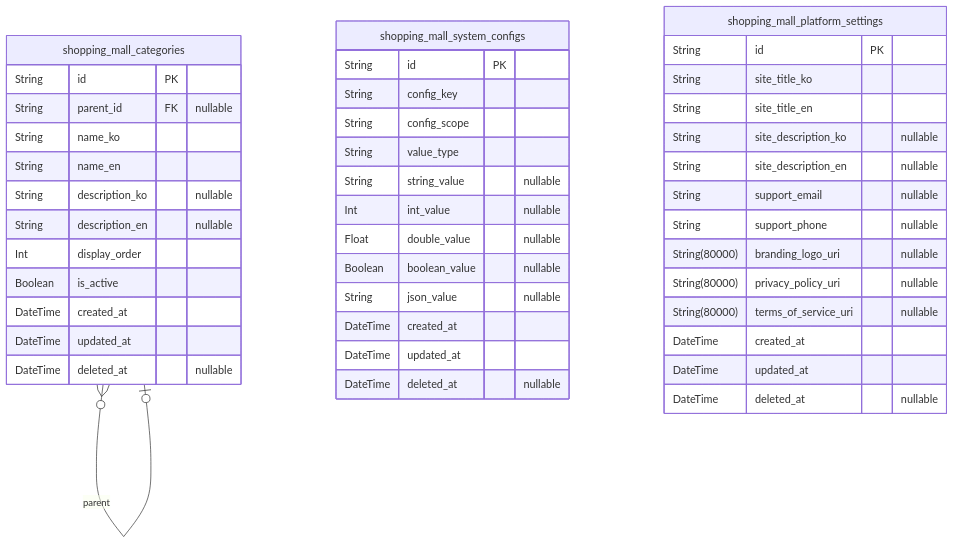
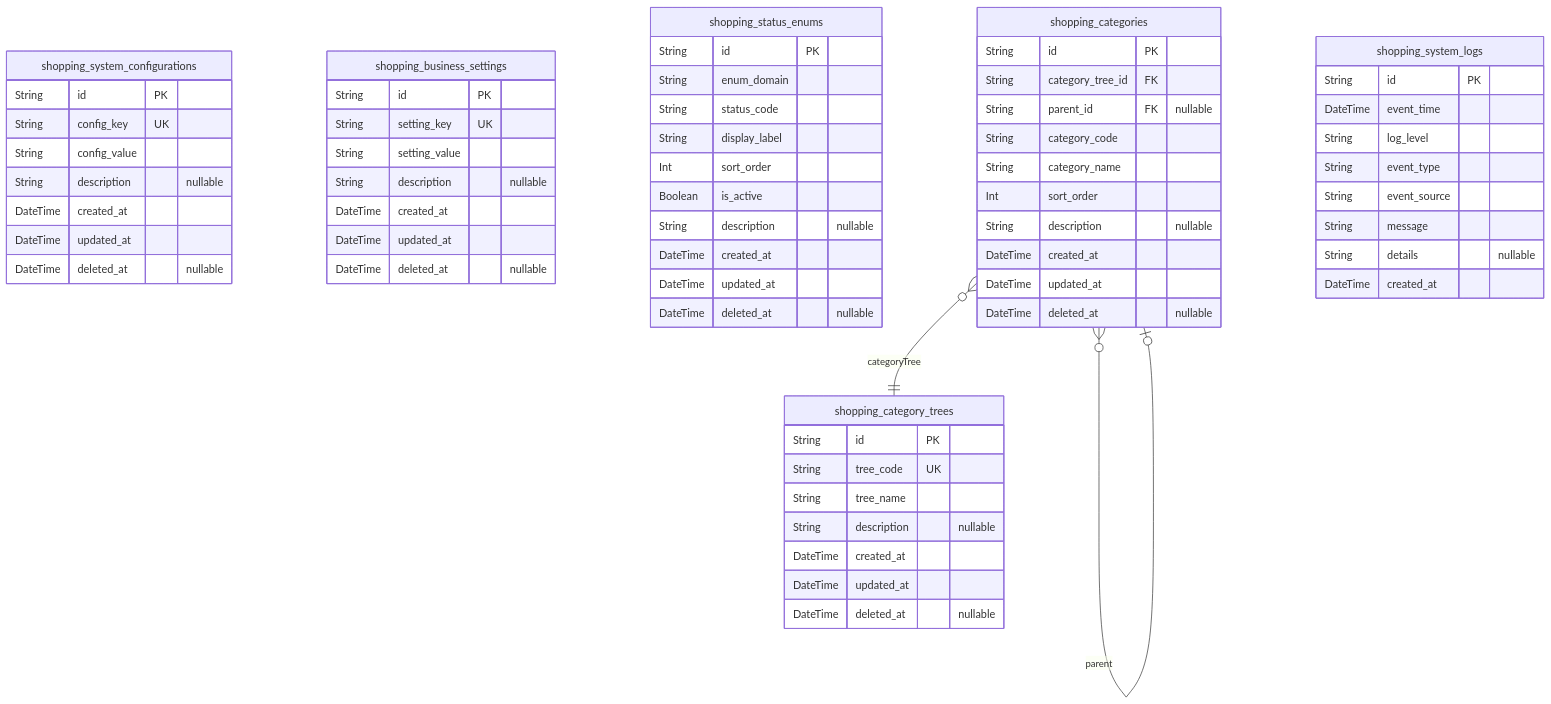
One commit to wrtnlabs/autobe-examples changed the first of 12 diagrams in openai/gpt-4.1/shopping/docs/ERD.md. Above: the diagram before and after it, drawn with Mermaid. The commit also changed other lines of this file and 16146 other files, not shown here.

````diff
--- a/openai/gpt-4.1/shopping/docs/ERD.md
+++ b/openai/gpt-4.1/shopping/docs/ERD.md
@@ -17,46 +20,66 @@
 ```mermaid
 erDiagram
-"shopping_mall_categories" {
+"shopping_system_configurations" {
   String id PK
-  String parent_id FK "nullable"
-  String name_ko
-  String name_en
-  String description_ko "nullable"
-  String description_en "nullable"
-  Int display_order
-  Boolean is_active
+  String config_key UK
+  String config_value
+  String description "nullable"
   DateTime created_at
   DateTime updated_at
   DateTime deleted_at "nullable"
 }
-"shopping_mall_system_configs" {
+"shopping_business_settings" {
   String id PK
-  String config_key
-  String config_scope
-  String value_type
-  String string_value "nullable"
-  Int int_value "nullable"
-  Float double_value "nullable"
-  Boolean boolean_value "nullable"
-  String json_value "nullable"
+  String setting_key UK
+  String setting_value
+  String description "nullable"
   DateTime created_at
   DateTime updated_at
   DateTime deleted_at "nullable"
 }
-"shopping_mall_platform_settings" {
+"shopping_status_enums" {
   String id PK
-  String site_title_ko
-  String site_title_en
-  String site_description_ko "nullable"
-  String site_description_en "nullable"
-  String support_email "nullable"
-  String support_phone "nullable"
-  String(80000) branding_logo_uri "nullable"
-  String(80000) privacy_policy_uri "nullable"
-  String(80000) terms_of_service_uri "nullable"
+  String enum_domain
+  String status_code
+  String display_label
+  Int sort_order
+  Boolean is_active
+  String description "nullable"
   DateTime created_at
   DateTime updated_at
   DateTime deleted_at "nullable"
 }
-"shopping_mall_categories" }o--o| "shopping_mall_categories" : parent
+"shopping_category_trees" {
+  String id PK
+  String tree_code UK
+  String tree_name
+  String description "nullable"
+  DateTime created_at
+  DateTime updated_at
+  DateTime deleted_at "nullable"
+}
+"shopping_categories" {
+  String id PK
+  String category_tree_id FK
+  String parent_id FK "nullable"
+  String category_code
+  String category_name
+  Int sort_order
+  String description "nullable"
+  DateTime created_at
+  DateTime updated_at
+  DateTime deleted_at "nullable"
+}
+"shopping_system_logs" {
+  String id PK
+  DateTime event_time
+  String log_level
+  String event_type
+  String event_source
+  String message
+  String details "nullable"
+  DateTime created_at
+}
+"shopping_categories" }o--|| "shopping_category_trees" : categoryTree
+"shopping_categories" }o--o| "shopping_categories" : parent
 ```
````
